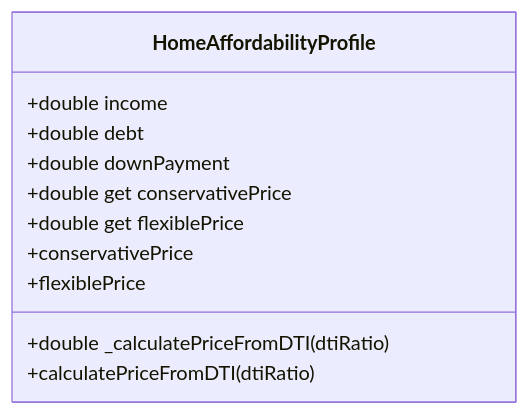
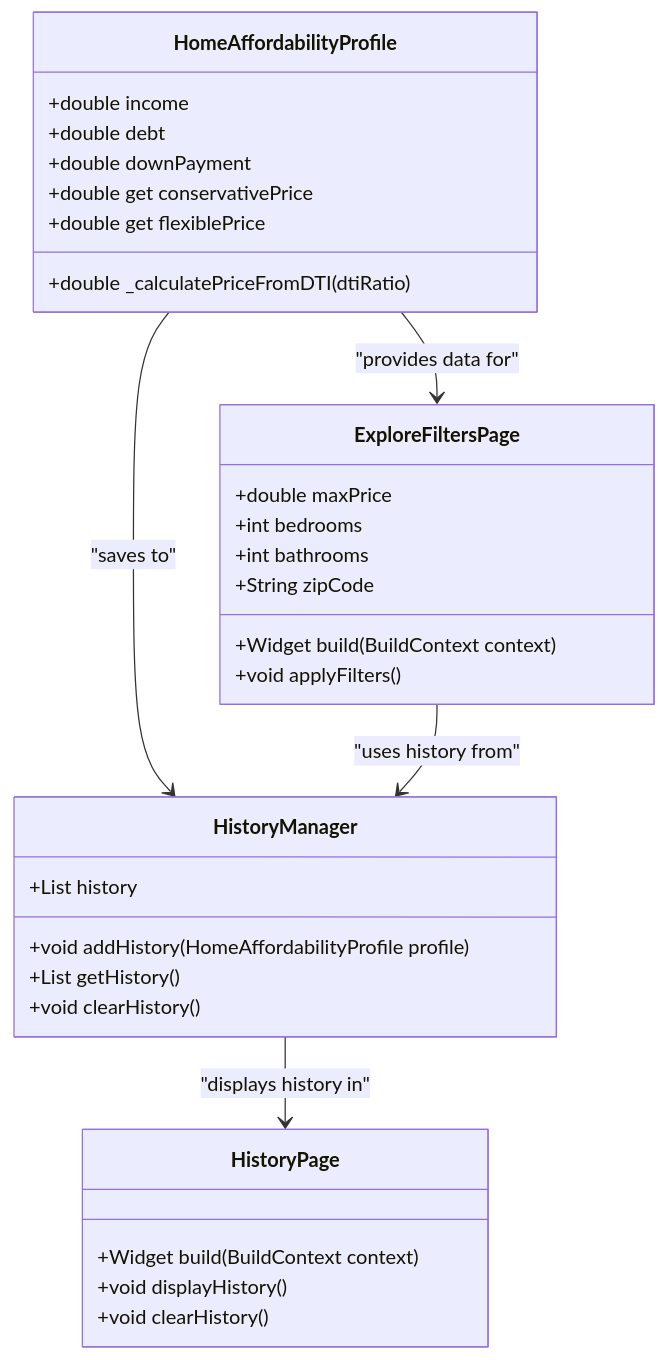
One commit to Badralmalahi1/home_affordability_calculator_flutter changed the diagram in README.md. Above: the diagram before and after it, drawn with Mermaid.

Commit message:
README.md

````diff
--- a/README.md
+++ b/README.md
@@ -12,16 +12,37 @@
 ```mermaid
 classDiagram
     class HomeAffordabilityProfile {
         +double income
         +double debt
         +double downPayment
         +double _calculatePriceFromDTI(dtiRatio)
         +double get conservativePrice
         +double get flexiblePrice
     }
+    class HistoryManager {
+        +List<HomeAffordabilityProfile> history
+        +void addHistory(HomeAffordabilityProfile profile)
+        +List<HomeAffordabilityProfile> getHistory()
+        +void clearHistory()
+    }
+    class HistoryPage {
+        +Widget build(BuildContext context)
+        +void displayHistory()
+        +void clearHistory()
+    }
+    class ExploreFiltersPage {
+        +double maxPrice
+        +int bedrooms
+        +int bathrooms
+        +String zipCode
+        +Widget build(BuildContext context)
+        +void applyFilters()
+    }
 
-    HomeAffordabilityProfile : +calculatePriceFromDTI(dtiRatio)
-    HomeAffordabilityProfile : +conservativePrice
-    HomeAffordabilityProfile : +flexiblePrice
+    HomeAffordabilityProfile --> HistoryManager : "saves to"
+    HistoryManager --> HistoryPage : "displays history in"
+    HomeAffordabilityProfile --> ExploreFiltersPage : "provides data for"
+    ExploreFiltersPage --> HistoryManager : "uses history from"
+
 
 ```
````
